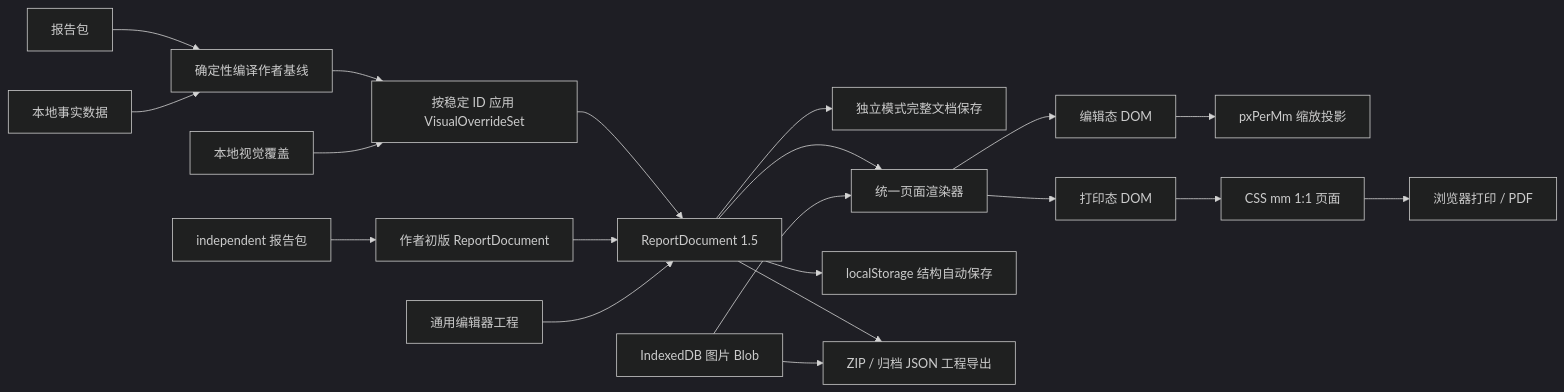
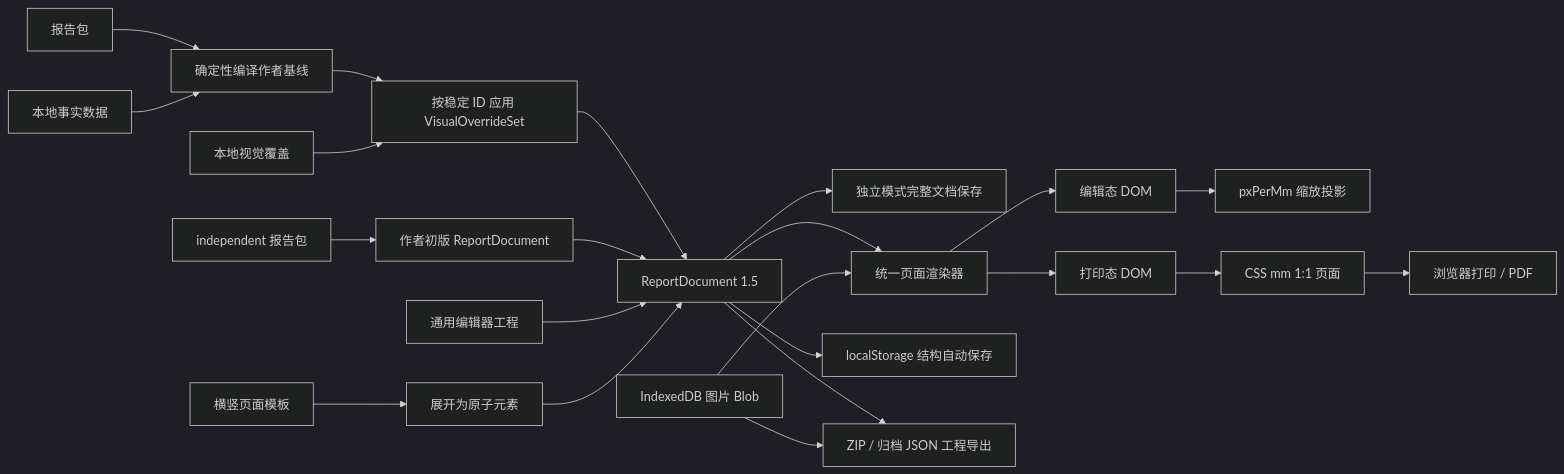
Before and after one commit to xcxandy-hub/cosco-report-engine: the first of 2 diagrams in docs/architecture.md, drawn with Mermaid (dark theme). The commit also changed other lines of this file and 48 other files, not shown here.

````diff
--- a/docs/architecture.md
+++ b/docs/architecture.md
@@ -18,22 +18,24 @@
 ```mermaid
 flowchart LR
     PKG["报告包"] --> COMP["确定性编译作者基线"]
     FACT["本地事实数据"] --> COMP
     COMP --> APPLY["按稳定 ID 应用 VisualOverrideSet"]
     OVERRIDE["本地视觉覆盖"] --> APPLY
     APPLY --> DOC["ReportDocument 1.5"]
     IPKG["independent 报告包"] --> IDOC["作者初版 ReportDocument"]
     IDOC --> DOC
     DOC --> IFULL["独立模式完整文档保存"]
     LOCAL["通用编辑器工程"] --> DOC
+    TPL["横竖页面模板"] --> ATOMIC["展开为原子元素"]
+    ATOMIC --> DOC
     DOC --> RENDER["统一页面渲染器"]
     RENDER --> EDITDOM["编辑态 DOM"]
     RENDER --> PRINTDOM["打印态 DOM"]
     EDITDOM --> PROJECTION["pxPerMm 缩放投影"]
     PRINTDOM --> CSSPAGE["CSS mm 1:1 页面"]
     CSSPAGE --> PDF["浏览器打印 / PDF"]
     DOC --> AUTOSAVE["localStorage 结构自动保存"]
     BLOB["IndexedDB 图片 Blob"] --> RENDER
     DOC --> EXPORT["ZIP / 归档 JSON 工程导出"]
     BLOB --> EXPORT
 ```
````
